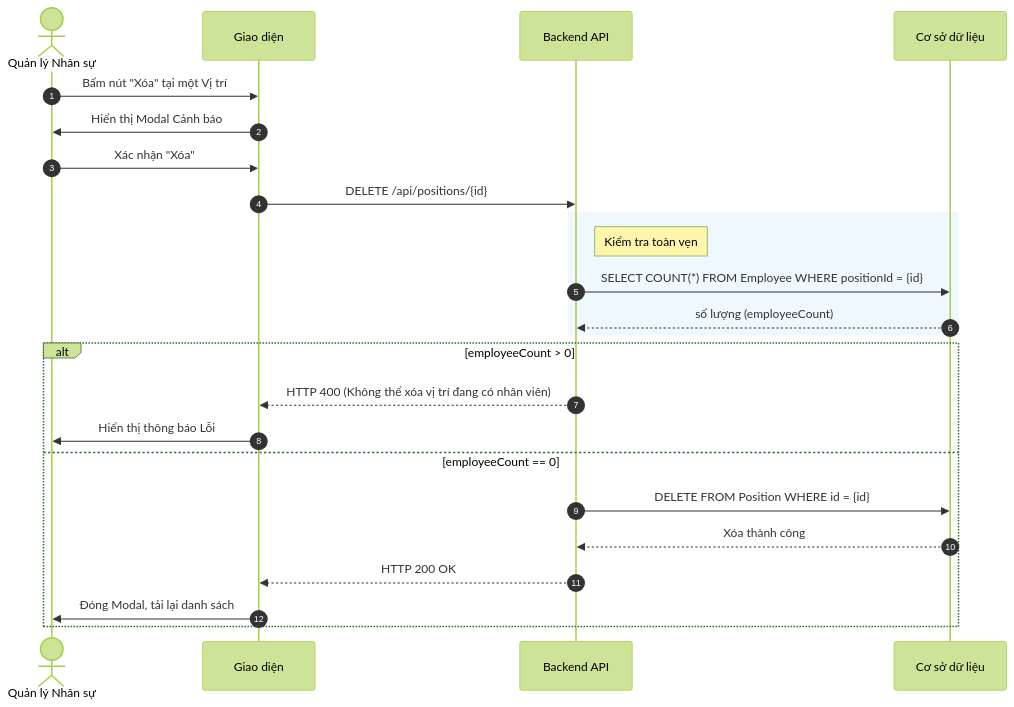
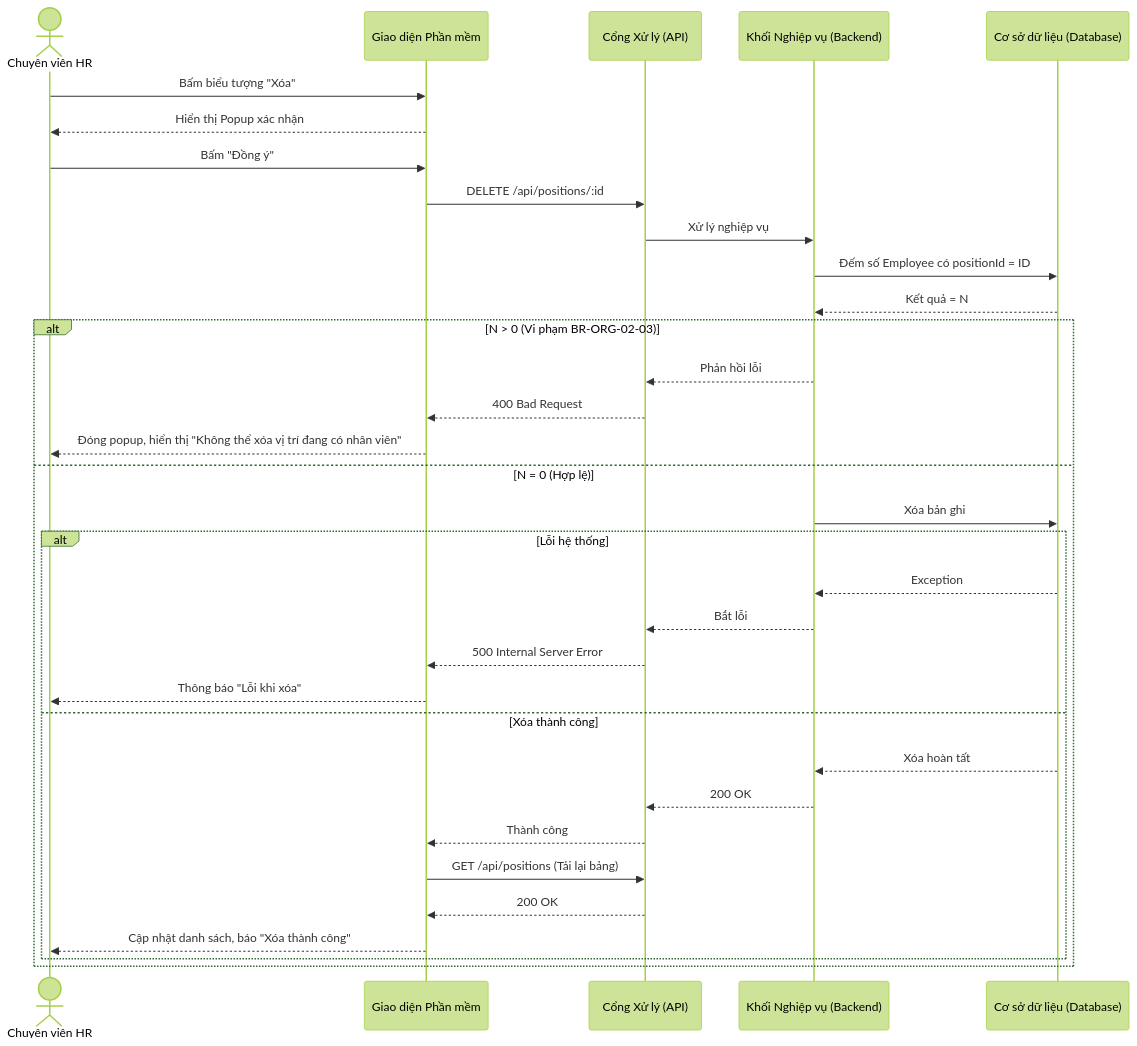
Before and after one commit to aye2710/HRM-DATN: the third of 3 diagrams in docs/Tài liệu phân tích nghiệp vụ từng module/Module Tổ chức/Chuc-nang-Quan-ly-Vi-tri.md, drawn with Mermaid (forest theme). The commit also changed other lines of this file and 32 other files, not shown here.

````diff
--- a/docs/Tài liệu phân tích nghiệp vụ từng module/Module Tổ chức/Chuc-nang-Quan-ly-Vi-tri.md
+++ b/docs/Tài liệu phân tích nghiệp vụ từng module/Module Tổ chức/Chuc-nang-Quan-ly-Vi-tri.md
@@ -104,30 +138,38 @@
 ```mermaid
 sequenceDiagram
-    autonumber
-    actor HR as Quản lý Nhân sự
-    participant FE as Giao diện
-    participant BE as Backend API
-    participant DB as Cơ sở dữ liệu
+    actor HR as Chuyên viên HR
+    participant FE as Giao diện Phần mềm
+    participant API as Cổng Xử lý (API)
+    participant BE as Khối Nghiệp vụ (Backend)
+    participant DB as Cơ sở dữ liệu (Database)
 
-    HR->>FE: Bấm nút "Xóa" tại một Vị trí
-    FE->>HR: Hiển thị Modal Cảnh báo
-    HR->>FE: Xác nhận "Xóa"
+    HR->>FE: Bấm biểu tượng "Xóa"
+    FE-->>HR: Hiển thị Popup xác nhận
     
-    FE->>BE: DELETE /api/positions/{id}
+    HR->>FE: Bấm "Đồng ý"
+    FE->>API: DELETE /api/positions/:id
+    API->>BE: Xử lý nghiệp vụ
+    BE->>DB: Đếm số Employee có positionId = ID
+    DB-->>BE: Kết quả = N
     
-    rect rgb(240, 248, 255)
-        note right of BE: Kiểm tra toàn vẹn
-        BE->>DB: SELECT COUNT(*) FROM Employee WHERE positionId = {id}
-        DB-->>BE: số lượng (employeeCount)
-    end
-    
-    alt employeeCount > 0
-        BE-->>FE: HTTP 400 (Không thể xóa vị trí đang có nhân viên)
-        FE->>HR: Hiển thị thông báo Lỗi
-    else employeeCount == 0
-        BE->>DB: DELETE FROM Position WHERE id = {id}
-        DB-->>BE: Xóa thành công
-        BE-->>FE: HTTP 200 OK
-        FE->>HR: Đóng Modal, tải lại danh sách
+    alt N > 0 (Vi phạm BR-ORG-02-03)
+        BE-->>API: Phản hồi lỗi
+        API-->>FE: 400 Bad Request
+        FE-->>HR: Đóng popup, hiển thị "Không thể xóa vị trí đang có nhân viên"
+    else N = 0 (Hợp lệ)
+        BE->>DB: Xóa bản ghi
+        alt Lỗi hệ thống
+            DB-->>BE: Exception
+            BE-->>API: Bắt lỗi
+            API-->>FE: 500 Internal Server Error
+            FE-->>HR: Thông báo "Lỗi khi xóa"
+        else Xóa thành công
+            DB-->>BE: Xóa hoàn tất
+            BE-->>API: 200 OK
+            API-->>FE: Thành công
+            FE->>API: GET /api/positions (Tải lại bảng)
+            API-->>FE: 200 OK
+            FE-->>HR: Cập nhật danh sách, báo "Xóa thành công"
+        end
     end
 ```
````
